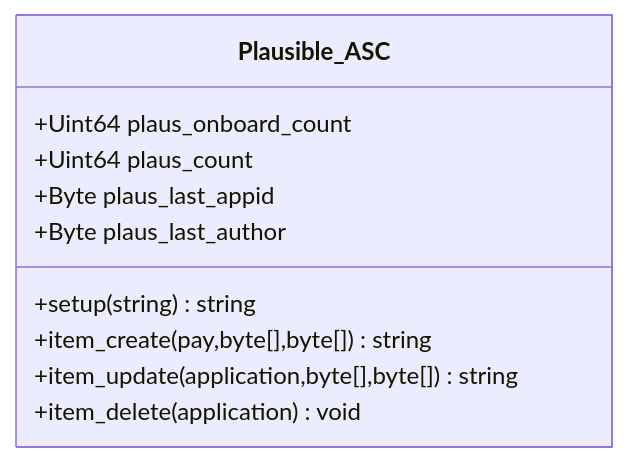
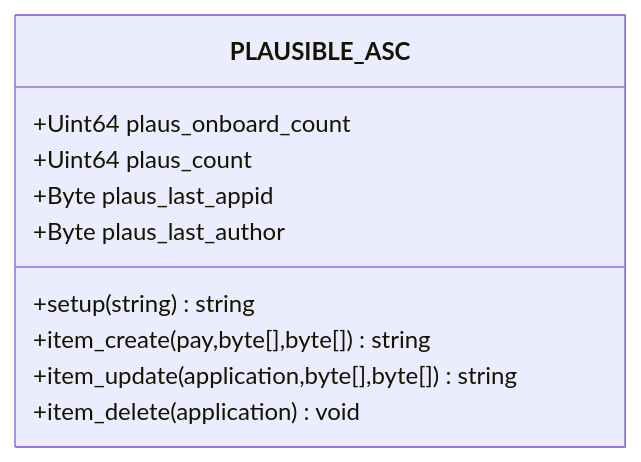
One commit to GoPlausible/.github changed the seventh of 8 diagrams in profile/README.md. Above: the diagram before and after it, drawn with Mermaid. The commit also changed other lines of this file, not shown here.

````diff
--- a/profile/README.md
+++ b/profile/README.md
@@ -304,14 +302,14 @@
 ```mermaid
   classDiagram
-    class Plausible_ASC
-    Plausible_ASC : +Uint64 plaus_onboard_count
-    Plausible_ASC : +Uint64 plaus_count
-    Plausible_ASC : +Byte plaus_last_appid
-    Plausible_ASC : +Byte plaus_last_author
-    Plausible_ASC : +setup(string)string
-    Plausible_ASC : +item_create(pay,byte[],byte[])string
-    Plausible_ASC : +item_update(application,byte[],byte[])string
-    Plausible_ASC : +item_delete(application)void
+    class PLAUSIBLE_ASC
+    PLAUSIBLE_ASC : +Uint64 plaus_onboard_count
+    PLAUSIBLE_ASC : +Uint64 plaus_count
+    PLAUSIBLE_ASC : +Byte plaus_last_appid
+    PLAUSIBLE_ASC : +Byte plaus_last_author
+    PLAUSIBLE_ASC : +setup(string)string
+    PLAUSIBLE_ASC : +item_create(pay,byte[],byte[])string
+    PLAUSIBLE_ASC : +item_update(application,byte[],byte[])string
+    PLAUSIBLE_ASC : +item_delete(application)void
 
     
 ```
````
